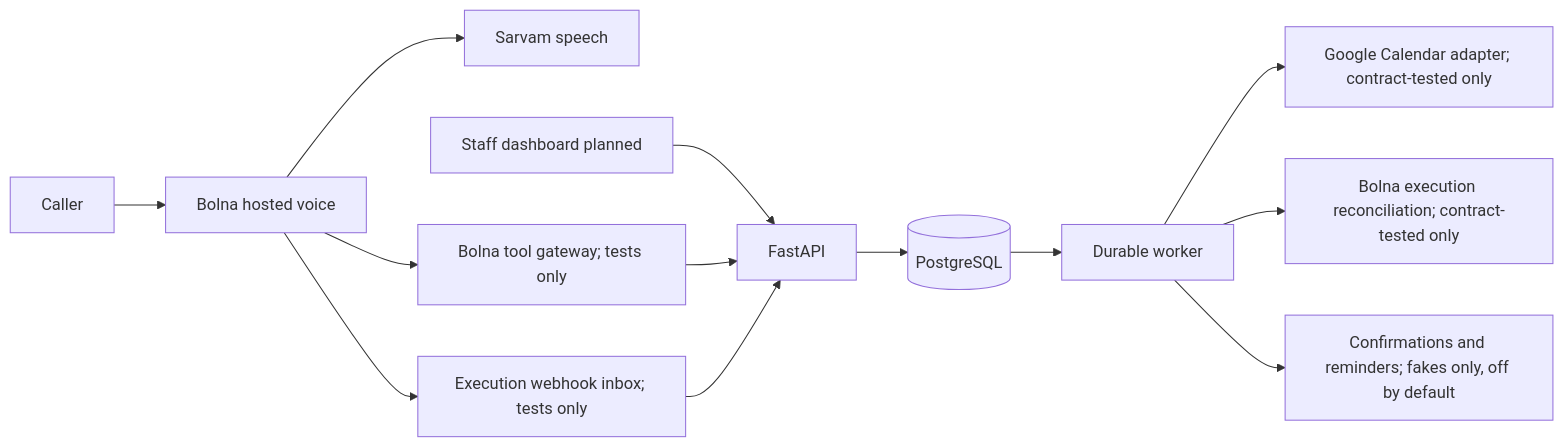
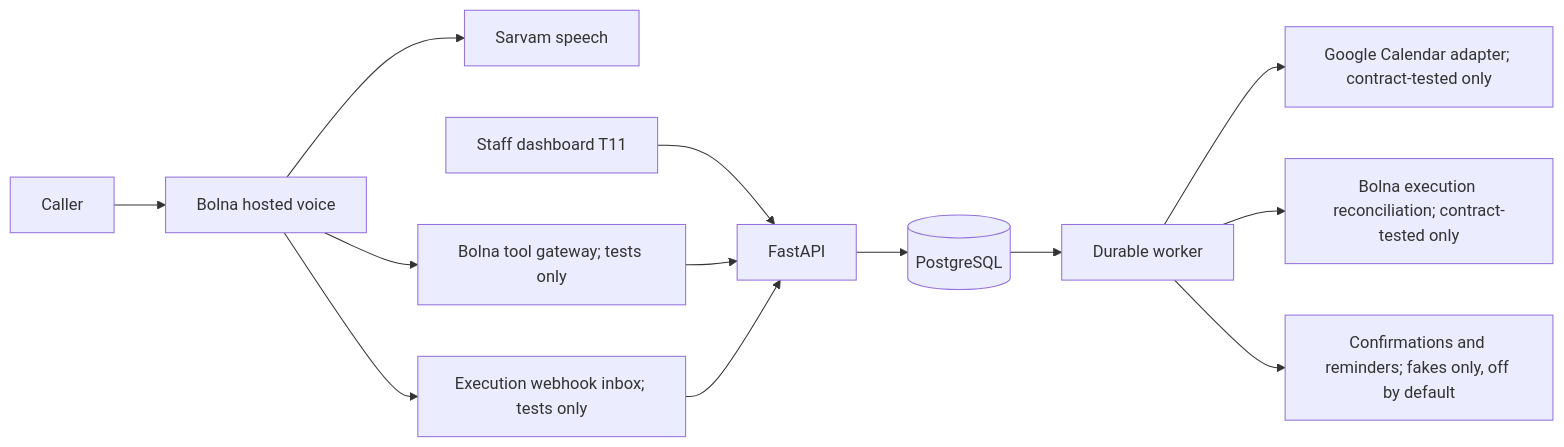
The diagram in docs/ARCHITECTURE.md (arsalannkhann/clinic-frontdesk), drawn with Mermaid before and after one commit. The commit also changed other lines of this file and 46 other files, not shown here.

First line of the commit message:
Add staff dashboard and opt-in dashboard CORS (T11)

````diff
--- a/docs/ARCHITECTURE.md
+++ b/docs/ARCHITECTURE.md
@@ -5,15 +5,15 @@
 ```mermaid
 flowchart LR
   Caller --> Bolna[Bolna hosted voice]
   Bolna --> Speech[Sarvam speech]
   Bolna --> Gateway[Bolna tool gateway; tests only]
-  Staff[Staff dashboard planned] --> API[FastAPI]
+  Staff[Staff dashboard T11] --> API[FastAPI]
   Gateway --> API
   Bolna --> Webhooks[Execution webhook inbox; tests only]
   Webhooks --> API
   API --> DB[(PostgreSQL)]
   DB --> Worker[Durable worker]
   Worker --> Calendar[Google Calendar adapter; contract-tested only]
   Worker --> Executions[Bolna execution reconciliation; contract-tested only]
   Worker --> Delivery[Confirmations and reminders; fakes only, off by default]
 ```
````
